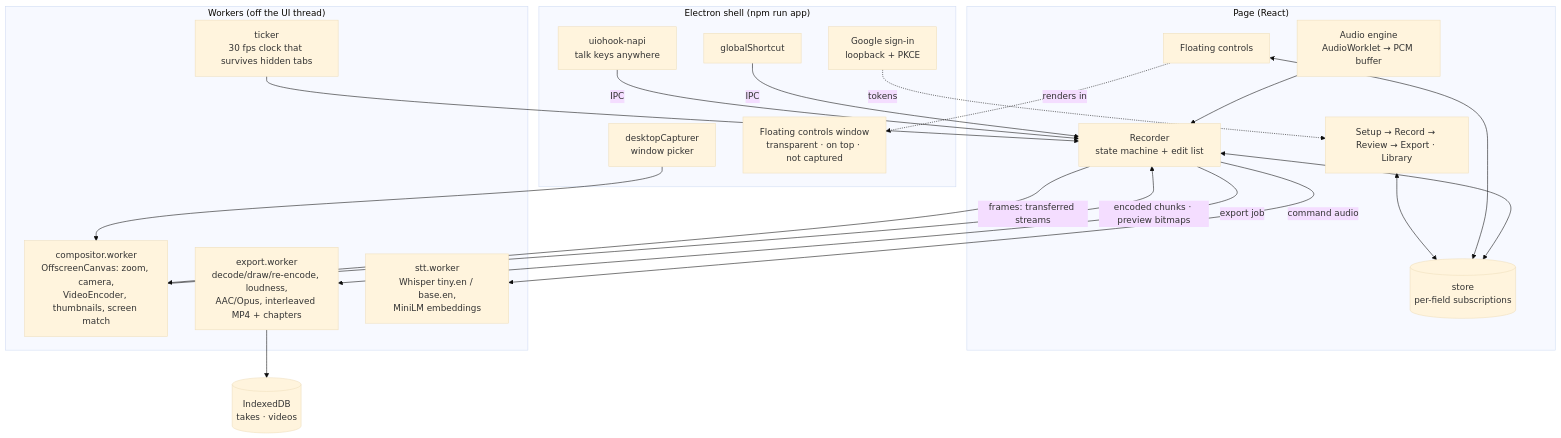
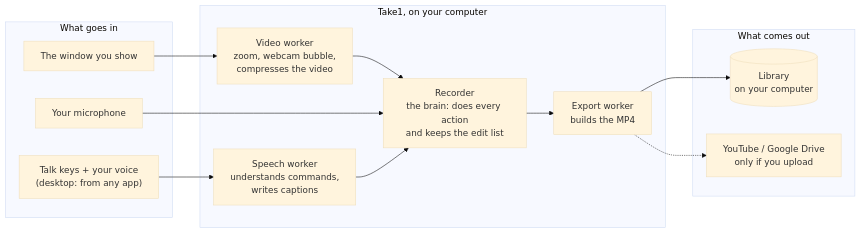
Before and after one commit to ScRocXx/Take1: the fifth of 6 diagrams in README.md, drawn with Mermaid (base theme). The commit also changed other lines of this file and 10 other files, not shown here.

Commit message:
feat(desktop): add capture protection leak verification, smooth bar dragging, and refined floating dock

````diff
--- a/README.md
+++ b/README.md
@@ -362,42 +400,26 @@
 ```mermaid
-flowchart TB
-    subgraph Desktop["Electron shell (npm run app)"]
-        HOOK["uiohook-napi<br/>talk keys anywhere"]
-        GS["globalShortcut"]
-        PICK["desktopCapturer<br/>window picker"]
-        RAILW["Floating controls window<br/>transparent · on top · not captured"]
-        GAUTH["Google sign-in<br/>loopback + PKCE"]
+flowchart LR
+    subgraph IN["What goes in"]
+        SCREEN["The window you show"]
+        MIC["Your microphone"]
+        VOICE["Talk keys + your voice<br/>(desktop: from any app)"]
     end
-
-    subgraph Page["Page (React)"]
-        UI["Setup → Record → Review → Export · Library"]
-        FC["Floating controls"]
-        STORE[("store<br/>per-field subscriptions")]
-        REC["Recorder<br/>state machine + edit list"]
-        AUD["Audio engine<br/>AudioWorklet → PCM buffer"]
+    subgraph CORE["Take1, on your computer"]
+        STT["Speech worker<br/>understands commands,<br/>writes captions"]
+        REC["Recorder<br/>the brain: does every action<br/>and keeps the edit list"]
+        COMP["Video worker<br/>zoom, webcam bubble,<br/>compresses the video"]
+        EXP["Export worker<br/>builds the MP4"]
     end
-
-    subgraph Workers["Workers (off the UI thread)"]
-        COMP["compositor.worker<br/>OffscreenCanvas: zoom, camera,<br/>VideoEncoder, thumbnails, screen match"]
-        EXP["export.worker<br/>decode/draw/re-encode, loudness,<br/>AAC/Opus, interleaved MP4 + chapters"]
-        STT["stt.worker<br/>Whisper tiny.en / base.en,<br/>MiniLM embeddings"]
-        TICK["ticker<br/>30 fps clock that survives hidden tabs"]
+    subgraph OUT["What comes out"]
+        DB[("Library<br/>on your computer")]
+        CLOUD["YouTube / Google Drive<br/>only if you upload"]
     end
-
-    DB[("IndexedDB<br/>takes · videos")]
-
-    HOOK & GS -->|IPC| REC
-    PICK --> COMP
-    UI <--> STORE
-    FC <--> STORE
-    FC -. renders in .-> RAILW
-    REC <--> STORE
-    TICK --> REC
-    REC -->|"frames: transferred streams"| COMP
-    COMP -->|encoded chunks · preview bitmaps| REC
-    AUD --> REC
-    REC -->|command audio| STT
-    REC -->|export job| EXP
+    SCREEN --> COMP
+    COMP --> REC
+    MIC --> REC
+    VOICE --> STT
+    STT --> REC
+    REC --> EXP
     EXP --> DB
-    GAUTH -. tokens .-> UI
+    EXP -.-> CLOUD
 ```
````
